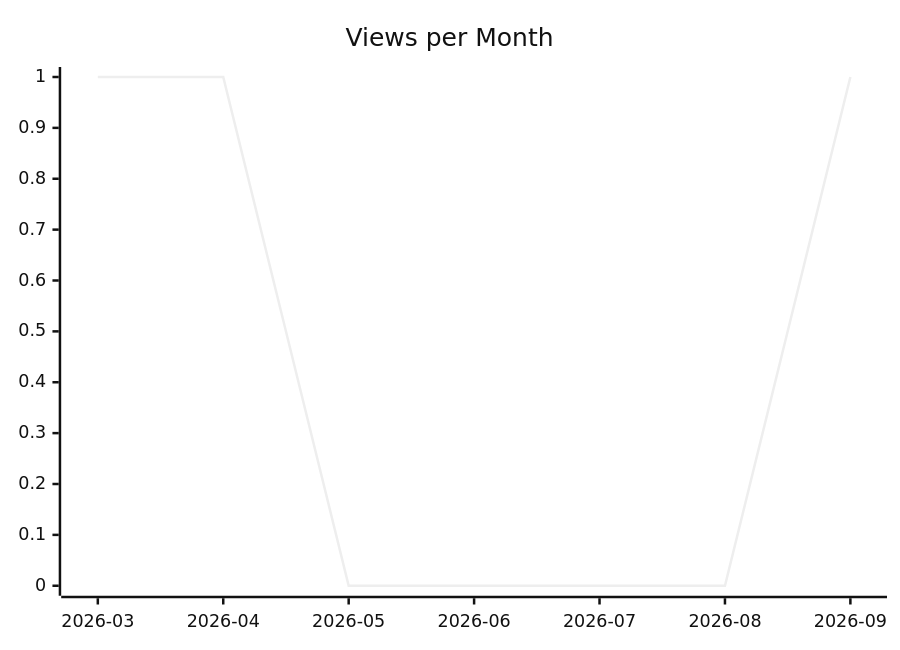
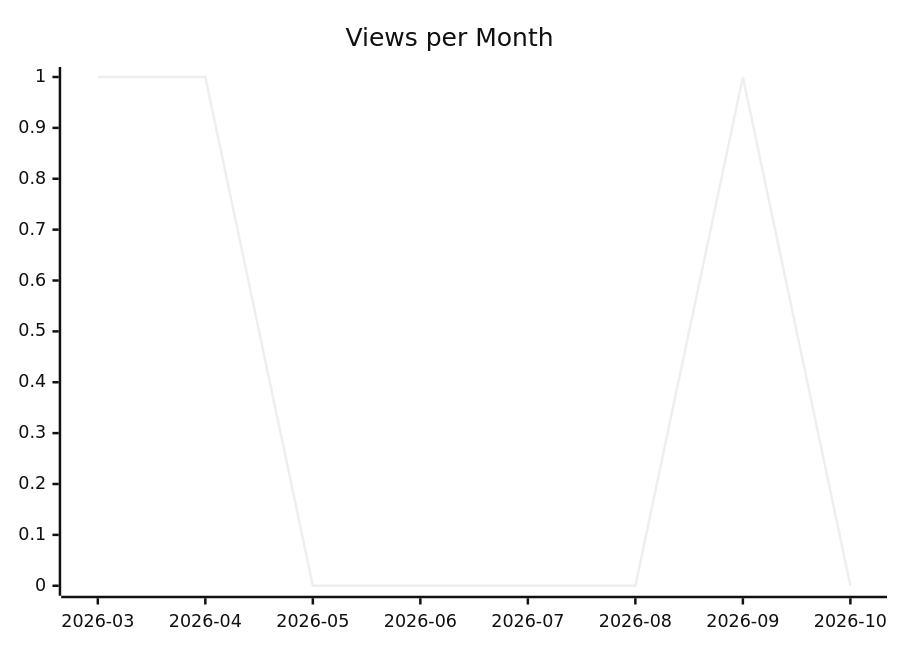
One commit to justdavis-family/github-analytics-data changed the second of 3 diagrams in karlmdavis/todoist-ai/README.md. Above: the diagram before and after it, drawn with Mermaid (neutral theme). The commit also changed other lines of this file and 202 other files, not shown here.

````diff
--- a/karlmdavis/todoist-ai/README.md
+++ b/karlmdavis/todoist-ai/README.md
@@ -12,6 +12,6 @@
 ```mermaid
 xychart-beta
   title "Views per Month"
-  x-axis ["2026-03", "2026-04", "2026-05", "2026-06", "2026-07", "2026-08", "2026-09"]
-  line [1, 1, 0, 0, 0, 0, 1]
+  x-axis ["2026-03", "2026-04", "2026-05", "2026-06", "2026-07", "2026-08", "2026-09", "2026-10"]
+  line [1, 1, 0, 0, 0, 0, 1, 0]
 ```
````
